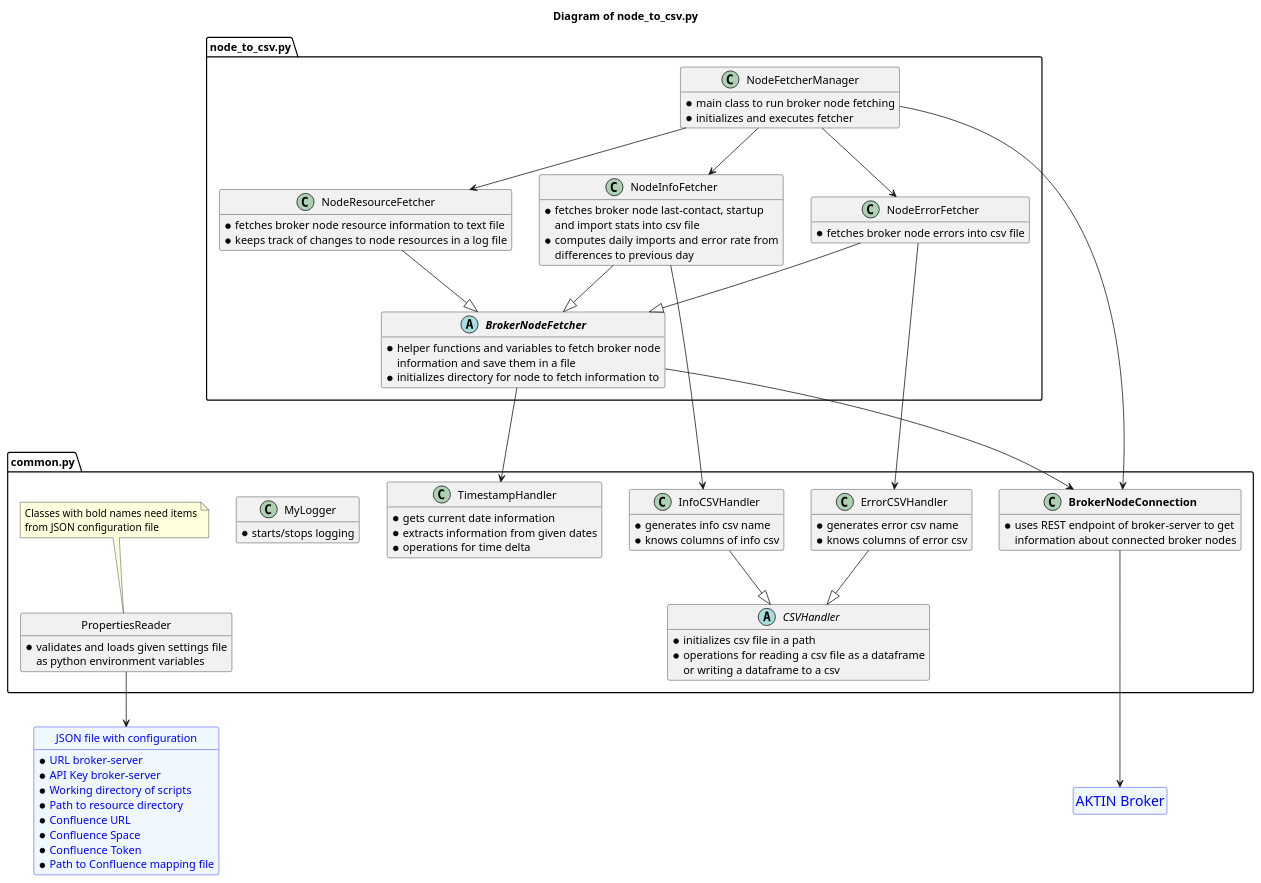
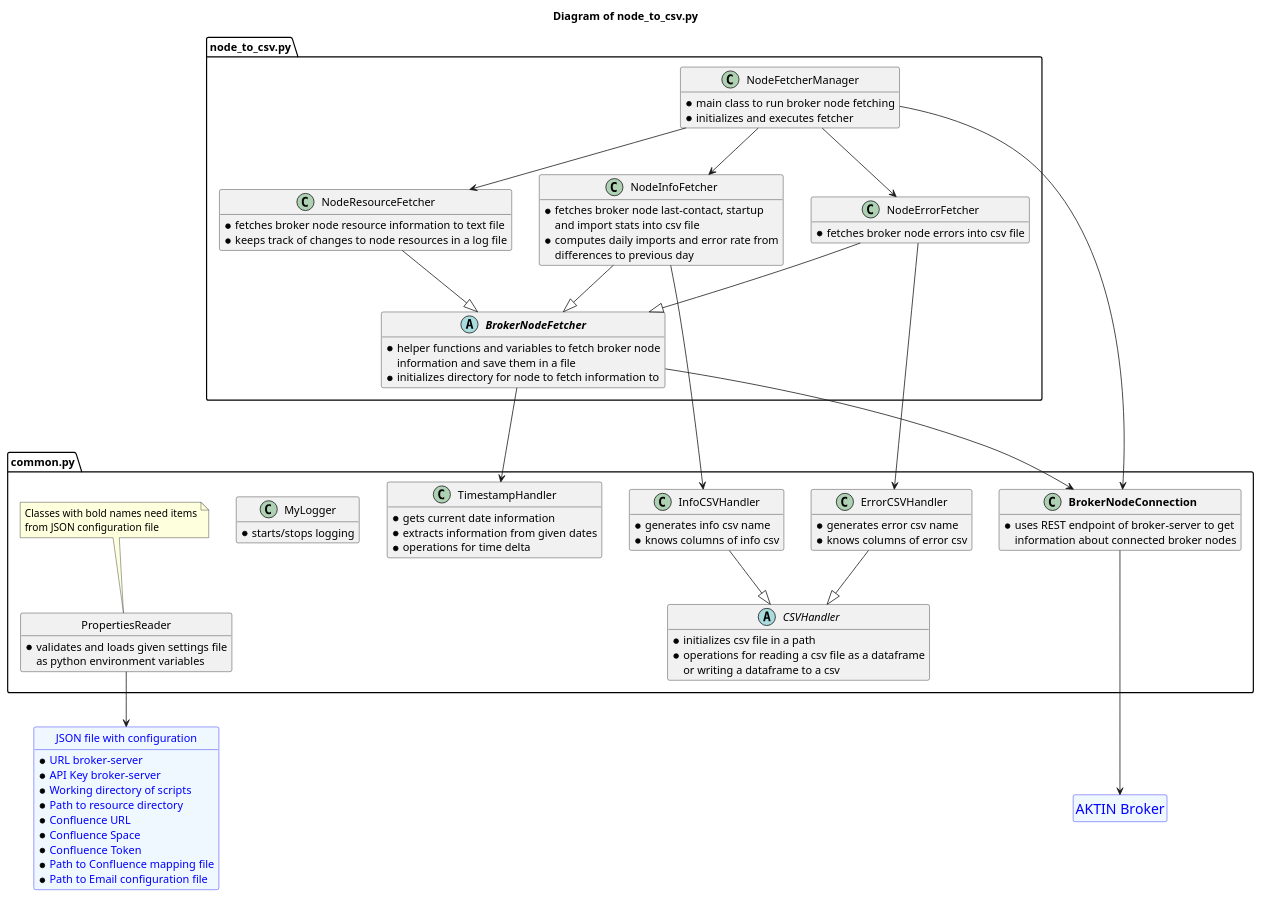
Before and after one commit to alexkombie/AKTIN_broker_monitor: the diagram in docs/node_to_csv.puml, drawn with PlantUML. The commit also changed 26 other files, not shown here.

```diff
--- a/docs/node_to_csv.puml
+++ b/docs/node_to_csv.puml
@@ -1,119 +1,120 @@
 @startuml
 hide methods
 
 title Diagram of node_to_csv.py
 
 entity "<size:18>AKTIN Broker</size>" as broker
 entity broker #aliceblue;line:blue;text:blue
 hide broker members
 hide broker circle
 
 entity "JSON file with configuration" as settings {
 * URL broker-server
 * API Key broker-server
 * Working directory of scripts
 * Path to resource directory
 * Confluence URL
 * Confluence Space
 * Confluence Token
 * Path to Confluence mapping file
+* Path to Email configuration file
 }
 entity settings #aliceblue;line:blue;text:blue
 hide settings circle
 
 '###################################################################'
 
 package "common.py" as common <<Package>> {
 abstract class CSVHandler {
 * initializes csv file in a path
 * operations for reading a csv file as a dataframe
 or writing a dataframe to a csv
 }
 
 class InfoCSVHandler {
 * generates info csv name
 * knows columns of info csv
 }
 
 class ErrorCSVHandler {
 * generates error csv name
 * knows columns of error csv
 }
 
 class TimestampHandler {
 * gets current date information
 * extracts information from given dates
 * operations for time delta
 }
 
 class "**BrokerNodeConnection**" as BrokerNodeConnection {
 * uses REST endpoint of broker-server to get
 information about connected broker nodes
 }
 
 class MyLogger {
 * starts/stops logging
 }
 
 class PropertiesReader {
 * validates and loads given settings file
 as python environment variables
 }
 hide PropertiesReader circle
 note top of PropertiesReader: Classes with bold names need items\nfrom JSON configuration file
 }
 
 InfoCSVHandler --|> CSVHandler
 ErrorCSVHandler --|> CSVHandler
 
 BrokerNodeConnection -d--> broker
 PropertiesReader --> settings
 
 '###################################################################'
 
 package "node_to_csv.py" as node_to_csv <<Package>> {
 abstract class "**BrokerNodeFetcher**" as BrokerNodeFetcher {
 * helper functions and variables to fetch broker node
 information and save them in a file
 * initializes directory for node to fetch information to
 }
 
 class NodeInfoFetcher {
 * fetches broker node last-contact, startup
 and import stats into csv file
 * computes daily imports and error rate from
 differences to previous day
 }
 
 class NodeErrorFetcher {
 * fetches broker node errors into csv file
 }
 
 class NodeResourceFetcher {
 * fetches broker node resource information to text file
 * keeps track of changes to node resources in a log file
 }
 
 class NodeFetcherManager {
 * main class to run broker node fetching
 * initializes and executes fetcher
 }
 }
 
 BrokerNodeFetcher --> BrokerNodeConnection
 BrokerNodeFetcher --> TimestampHandler
 
 NodeInfoFetcher --|> BrokerNodeFetcher
 NodeInfoFetcher ----> InfoCSVHandler
 
 NodeErrorFetcher --|> BrokerNodeFetcher
 NodeErrorFetcher ----> ErrorCSVHandler
 
 NodeResourceFetcher --|> BrokerNodeFetcher
 
 NodeFetcherManager --> BrokerNodeConnection
 NodeFetcherManager --> NodeInfoFetcher
 NodeFetcherManager --> NodeErrorFetcher
 NodeFetcherManager --> NodeResourceFetcher
 
 @enduml
```
